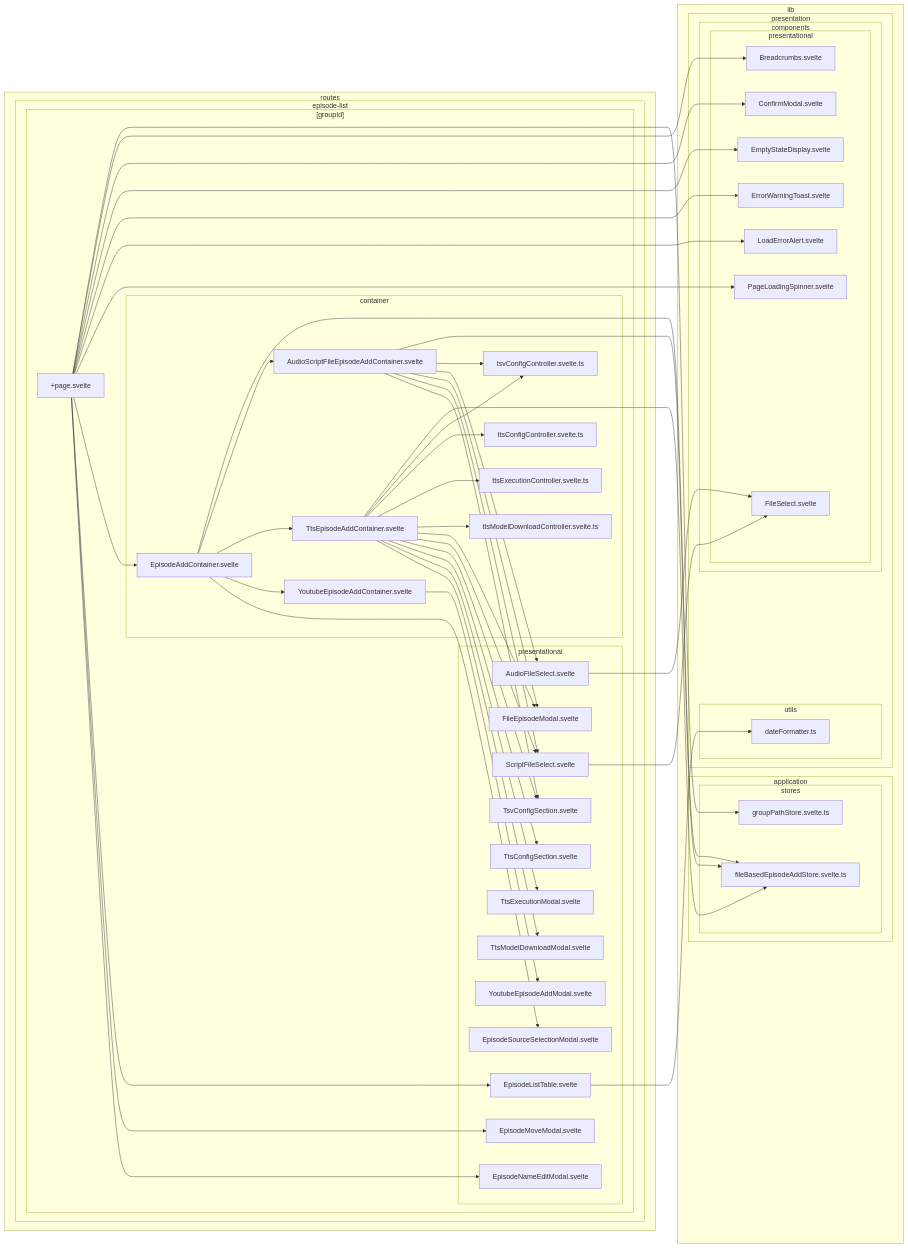
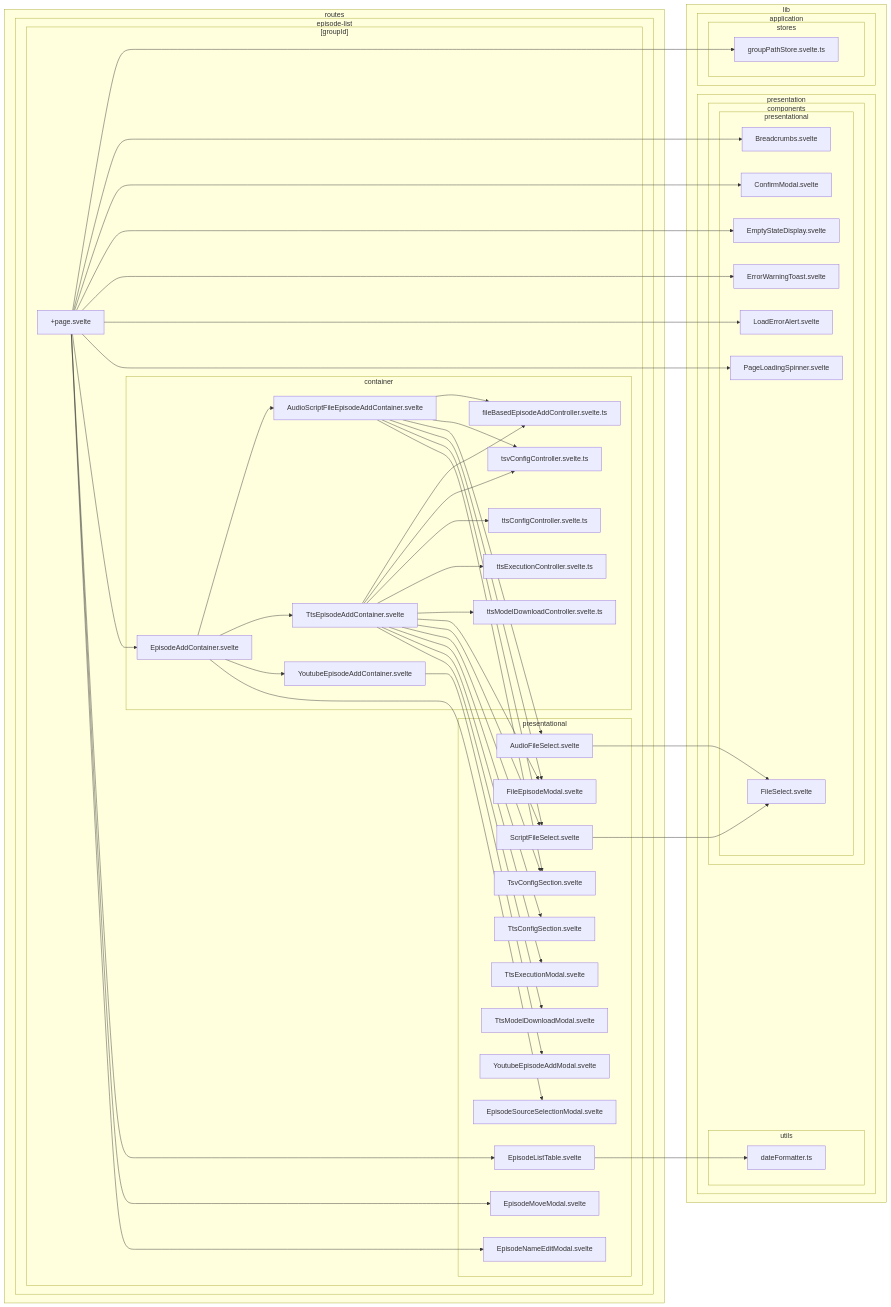
Before and after one commit to k5n/kotonoha: the second of 38 diagrams in doc/dependency-graph.md, drawn with Mermaid. The commit also changed other lines of this file and 6 other files, not shown here.

Commit message:
refactor: remove fileBasedEpisodeAddStore and implement fileBasedEpisodeAddController for episode addition

```diff
--- a/doc/dependency-graph.md
+++ b/doc/dependency-graph.md
@@ -61,7 +61,6 @@
         subgraph sg_lib ["lib"]
             subgraph sg_lib_application ["application"]
                 subgraph sg_lib_application_stores ["stores"]
-                    src_lib_application_stores_fileBasedEpisodeAddStore_svelte_ts["fileBasedEpisodeAddStore.svelte.ts"]
                     src_lib_application_stores_groupPathStore_svelte_ts["groupPathStore.svelte.ts"]
                 end
             end
@@ -88,6 +87,7 @@
                     subgraph sg_routes_episode_list__groupId__container ["container"]
                         src_routes_episode_list__groupId__container_AudioScriptFileEpisodeAddContainer_svelte["AudioScriptFileEpisodeAddContainer.svelte"]
                         src_routes_episode_list__groupId__container_EpisodeAddContainer_svelte["EpisodeAddContainer.svelte"]
+                        src_routes_episode_list__groupId__container_fileBasedEpisodeAddController_svelte_ts["fileBasedEpisodeAddController.svelte.ts"]
                         src_routes_episode_list__groupId__container_tsvConfigController_svelte_ts["tsvConfigController.svelte.ts"]
                         src_routes_episode_list__groupId__container_ttsConfigController_svelte_ts["ttsConfigController.svelte.ts"]
                         src_routes_episode_list__groupId__container_TtsEpisodeAddContainer_svelte["TtsEpisodeAddContainer.svelte"]
@@ -124,19 +124,18 @@
     src_routes_episode_list__groupId___page_svelte --> src_routes_episode_list__groupId__presentational_EpisodeListTable_svelte
     src_routes_episode_list__groupId___page_svelte --> src_routes_episode_list__groupId__presentational_EpisodeMoveModal_svelte
     src_routes_episode_list__groupId___page_svelte --> src_routes_episode_list__groupId__presentational_EpisodeNameEditModal_svelte
-    src_routes_episode_list__groupId__container_EpisodeAddContainer_svelte --> src_lib_application_stores_fileBasedEpisodeAddStore_svelte_ts
     src_routes_episode_list__groupId__container_EpisodeAddContainer_svelte --> src_routes_episode_list__groupId__container_AudioScriptFileEpisodeAddContainer_svelte
     src_routes_episode_list__groupId__container_EpisodeAddContainer_svelte --> src_routes_episode_list__groupId__container_TtsEpisodeAddContainer_svelte
     src_routes_episode_list__groupId__container_EpisodeAddContainer_svelte --> src_routes_episode_list__groupId__container_YoutubeEpisodeAddContainer_svelte
     src_routes_episode_list__groupId__container_EpisodeAddContainer_svelte --> src_routes_episode_list__groupId__presentational_EpisodeSourceSelectionModal_svelte
     src_routes_episode_list__groupId__presentational_EpisodeListTable_svelte --> src_lib_presentation_utils_dateFormatter_ts
-    src_routes_episode_list__groupId__container_AudioScriptFileEpisodeAddContainer_svelte --> src_lib_application_stores_fileBasedEpisodeAddStore_svelte_ts
+    src_routes_episode_list__groupId__container_AudioScriptFileEpisodeAddContainer_svelte --> src_routes_episode_list__groupId__container_fileBasedEpisodeAddController_svelte_ts
     src_routes_episode_list__groupId__container_AudioScriptFileEpisodeAddContainer_svelte --> src_routes_episode_list__groupId__container_tsvConfigController_svelte_ts
     src_routes_episode_list__groupId__container_AudioScriptFileEpisodeAddContainer_svelte --> src_routes_episode_list__groupId__presentational_AudioFileSelect_svelte
     src_routes_episode_list__groupId__container_AudioScriptFileEpisodeAddContainer_svelte --> src_routes_episode_list__groupId__presentational_FileEpisodeModal_svelte
     src_routes_episode_list__groupId__container_AudioScriptFileEpisodeAddContainer_svelte --> src_routes_episode_list__groupId__presentational_ScriptFileSelect_svelte
     src_routes_episode_list__groupId__container_AudioScriptFileEpisodeAddContainer_svelte --> src_routes_episode_list__groupId__presentational_TsvConfigSection_svelte
-    src_routes_episode_list__groupId__container_TtsEpisodeAddContainer_svelte --> src_lib_application_stores_fileBasedEpisodeAddStore_svelte_ts
+    src_routes_episode_list__groupId__container_TtsEpisodeAddContainer_svelte --> src_routes_episode_list__groupId__container_fileBasedEpisodeAddController_svelte_ts
     src_routes_episode_list__groupId__container_TtsEpisodeAddContainer_svelte --> src_routes_episode_list__groupId__container_tsvConfigController_svelte_ts
     src_routes_episode_list__groupId__container_TtsEpisodeAddContainer_svelte --> src_routes_episode_list__groupId__container_ttsConfigController_svelte_ts
     src_routes_episode_list__groupId__container_TtsEpisodeAddContainer_svelte --> src_routes_episode_list__groupId__container_ttsExecutionController_svelte_ts
```
